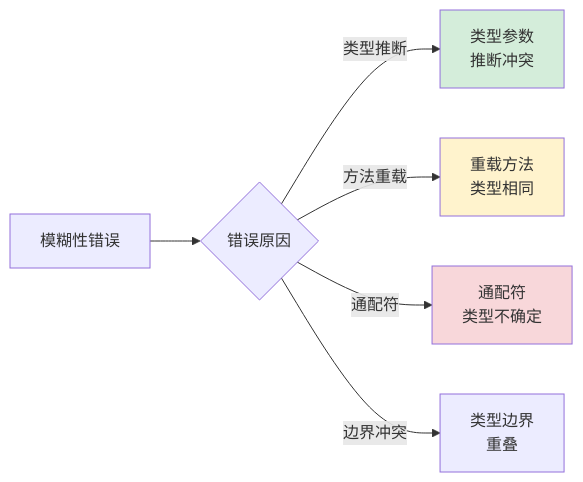
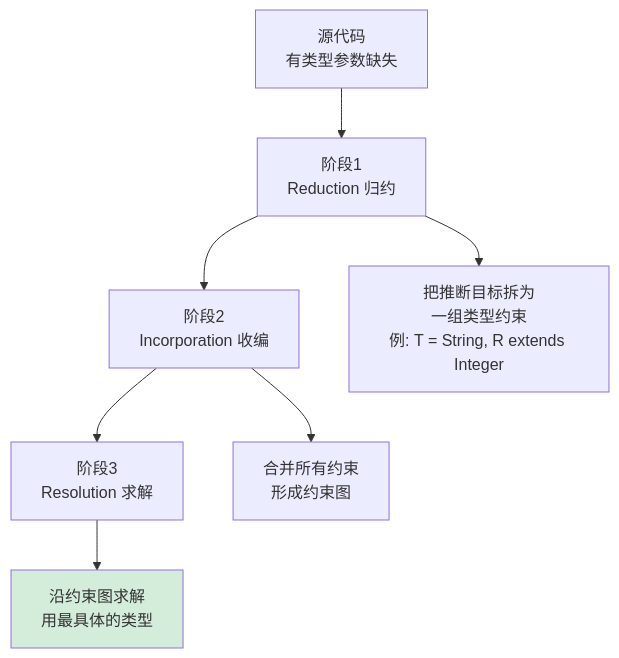
Before and after one commit to chongyang211/YCBookBlog: diagram 19 of 28 in 00.通用技术的提升/02.程序编程原理/04.泛型设计灵魂思想.md, drawn with Mermaid. The commit also changed other lines of this file and 6 other files, not shown here.

````diff
--- a/00.通用技术的提升/02.程序编程原理/04.泛型设计灵魂思想.md
+++ b/00.通用技术的提升/02.程序编程原理/04.泛型设计灵魂思想.md
@@ -1143,12 +1674,12 @@
 ```mermaid
-graph LR
-    A[模糊性错误] --> B{错误原因}
-    B -->|类型推断| C[类型参数<br/>推断冲突]
-    B -->|方法重载| D[重载方法<br/>类型相同]
-    B -->|通配符| E[通配符<br/>类型不确定]
-    B -->|边界冲突| F[类型边界<br/>重叠]
+flowchart TD
+    A[源代码<br/>有类型参数缺失] --> B[阶段1<br/>Reduction 归约]
+    B --> C[阶段2<br/>Incorporation 收编]
+    C --> D[阶段3<br/>Resolution 求解]
     
-    style C fill:#d4edda
-    style D fill:#fff3cd
-    style E fill:#f8d7da
+    B --> B1[把推断目标拆为<br/>一组类型约束<br/>例: T = String, R extends Integer]
+    C --> C1[合并所有约束<br/>形成约束图]
+    D --> D1[沿约束图求解<br/>用最具体的类型]
+
+    style D1 fill:#d4edda
 ```
````
